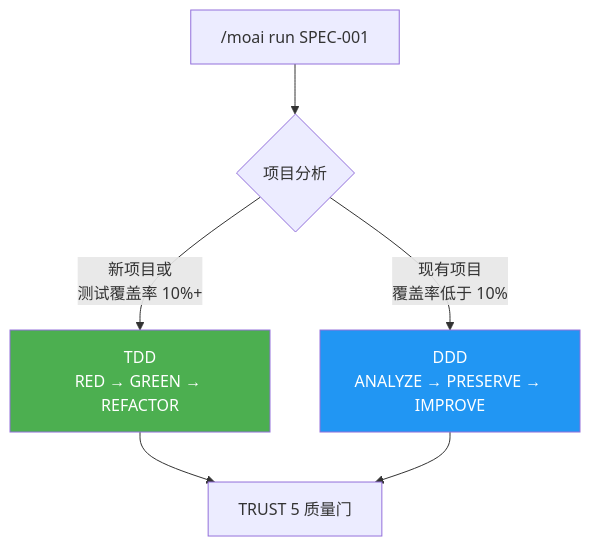
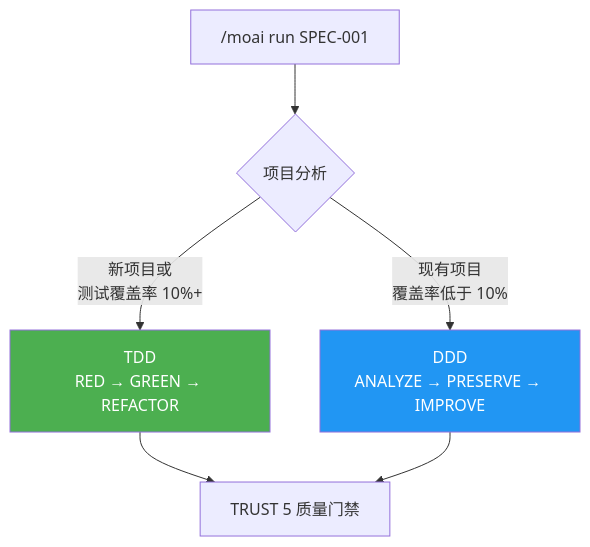
One commit to modu-ai/moai-adk changed the third of 9 diagrams in docs-site/content/zh/getting-started/quickstart.md. Above: the diagram before and after it, drawn with Mermaid. The commit also changed other lines of this file and 395 other files, not shown here.

````diff
--- a/docs-site/content/zh/getting-started/quickstart.md
+++ b/docs-site/content/zh/getting-started/quickstart.md
@@ -122,10 +122,10 @@
 ```mermaid
 flowchart TD
     A["/moai run SPEC-001"] --> B{"项目分析"}
     B -->|"新项目或<br/>测试覆盖率 10%+"| C["TDD<br/>RED → GREEN → REFACTOR"]
     B -->|"现有项目<br/>覆盖率低于 10%"| D["DDD<br/>ANALYZE → PRESERVE → IMPROVE"]
-    C --> E["TRUST 5 质量门"]
+    C --> E["TRUST 5 质量门禁"]
     D --> E
     style C fill:#4CAF50,color:#fff
     style D fill:#2196F3,color:#fff
 ```
````
